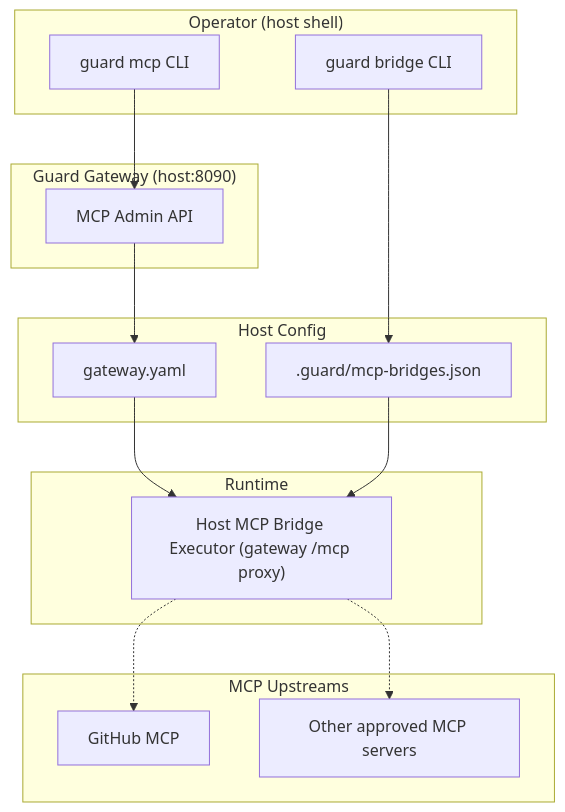
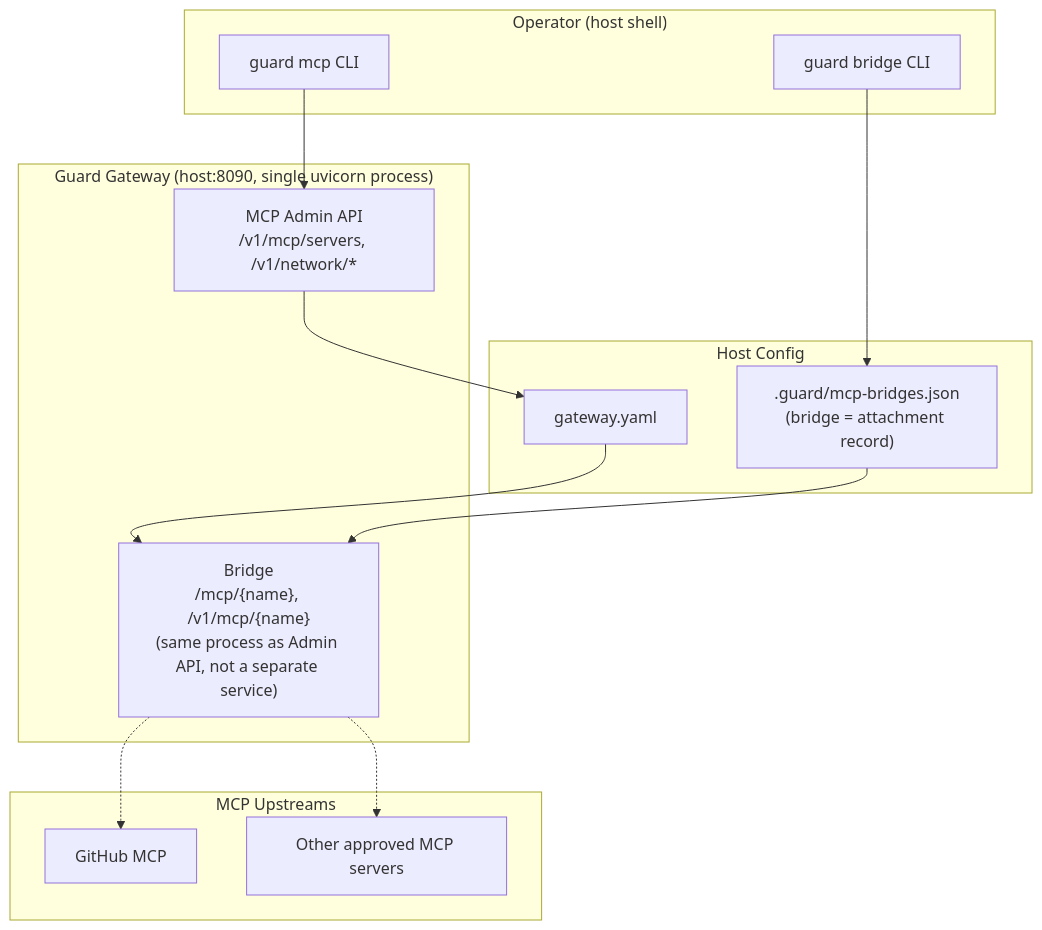
One commit to bforecast/openclaw-guard changed the fourth of 4 diagrams in implementation_plan.md. Above: the diagram before and after it, drawn with Mermaid. The commit also changed other lines of this file, not shown here.

First line of the commit message:
docs: fix bridge/gateway architecture diagrams + audit sink asymmetry

````diff
--- a/implementation_plan.md
+++ b/implementation_plan.md
@@ -440,33 +467,30 @@
 ```mermaid
 flowchart TB
     subgraph Operator["Operator (host shell)"]
         CLI["guard mcp CLI"]
         BridgeCLI["guard bridge CLI"]
     end
 
-    subgraph Gateway["Guard Gateway (host:8090)"]
-        AdminAPI["MCP Admin API"]
+    subgraph Gateway["Guard Gateway (host:8090, single uvicorn process)"]
+        AdminAPI["MCP Admin API\n/v1/mcp/servers, /v1/network/*"]
+        Bridge["Bridge\n/mcp/{name}, /v1/mcp/{name}\n(same process as Admin API, not a separate service)"]
     end
 
     subgraph Config["Host Config"]
         GwYaml["gateway.yaml"]
-        BridgeState[".guard/mcp-bridges.json"]
-    end
-
-    subgraph Runtime["Runtime"]
-        Exec["Host MCP Bridge Executor (gateway /mcp proxy)"]
+        BridgeState[".guard/mcp-bridges.json\n(bridge = attachment record)"]
     end
 
     subgraph Upstream["MCP Upstreams"]
         GH["GitHub MCP"]
         Other["Other approved MCP servers"]
     end
 
     CLI --> AdminAPI
     BridgeCLI --> BridgeState
     AdminAPI --> GwYaml
-    GwYaml --> Exec
-    BridgeState --> Exec
-    Exec -.-> GH
-    Exec -.-> Other
+    GwYaml --> Bridge
+    BridgeState --> Bridge
+    Bridge -.-> GH
+    Bridge -.-> Other
 ```
````
